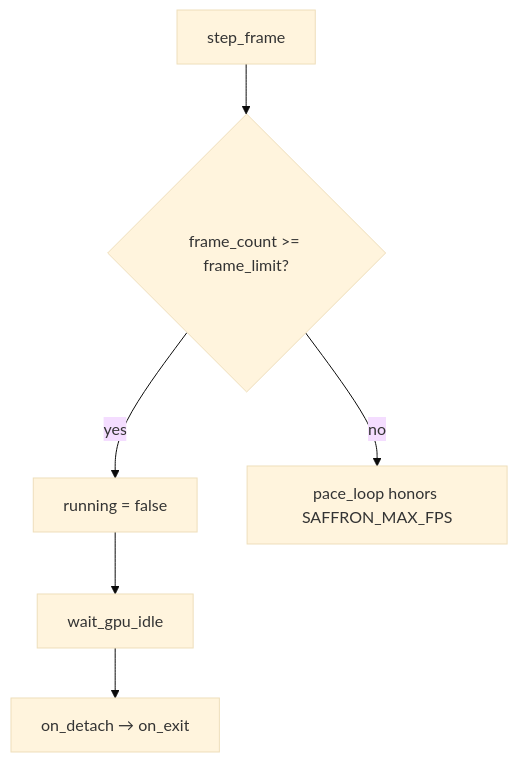
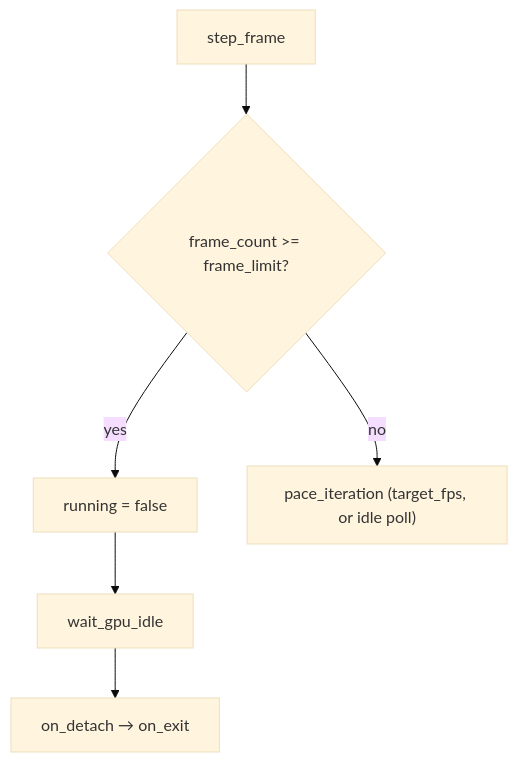
One commit to saffronjam/saffron-anima changed the diagram in docs/content/explanations/app-lifecycle-and-window/headless-and-capture.md. Above: the diagram before and after it, drawn with Mermaid (base theme). The commit also changed other lines of this file, not shown here.

````diff
--- a/docs/content/explanations/app-lifecycle-and-window/headless-and-capture.md
+++ b/docs/content/explanations/app-lifecycle-and-window/headless-and-capture.md
@@ -51,8 +50,8 @@
 ```mermaid
 flowchart TD
     S[step_frame] --> C{frame_count >= frame_limit?}
     C -- yes --> R["running = false"]
-    C -- no --> P[pace_loop honors SAFFRON_MAX_FPS]
+    C -- no --> P["pace_iteration (target_fps, or idle poll)"]
     R --> WI[wait_gpu_idle]
     WI --> D[on_detach → on_exit]
 ```
````
